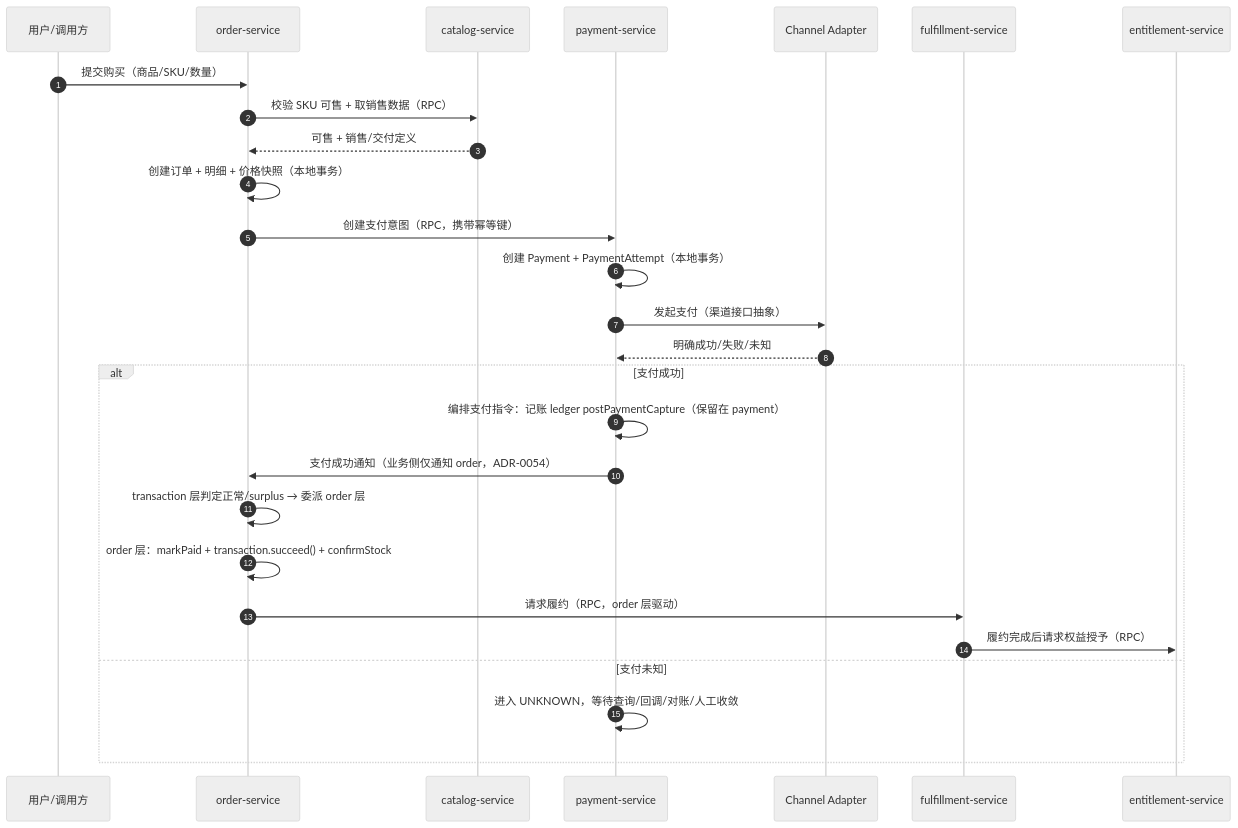
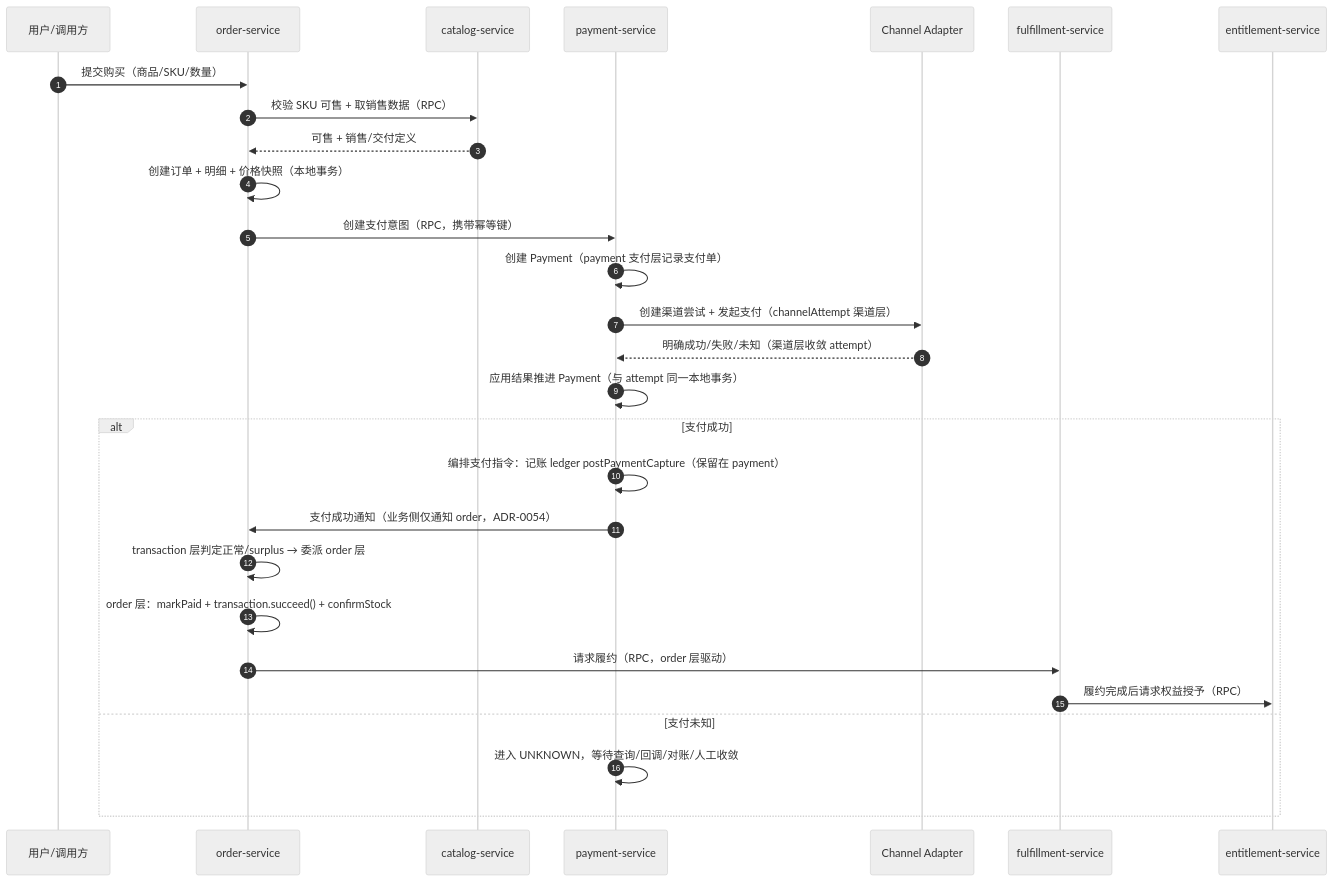
The second of 4 diagrams in docs/architecture/technical-solution.md (ckcky/Payment), drawn with Mermaid (neutral theme) before and after one commit. The commit also changed other lines of this file and 12 other files, not shown here.

````diff
--- a/docs/architecture/technical-solution.md
+++ b/docs/architecture/technical-solution.md
@@ -325,30 +330,31 @@
 ```mermaid
 sequenceDiagram
     autonumber
     participant U as 用户/调用方
     participant O as order-service
     participant Cat as catalog-service
     participant P as payment-service
     participant Ch as Channel Adapter
     participant F as fulfillment-service
     participant E as entitlement-service
 
     U->>O: 提交购买（商品/SKU/数量）
     O->>Cat: 校验 SKU 可售 + 取销售数据（RPC）
     Cat-->>O: 可售 + 销售/交付定义
     O->>O: 创建订单 + 明细 + 价格快照（本地事务）
     O->>P: 创建支付意图（RPC，携带幂等键）
-    P->>P: 创建 Payment + PaymentAttempt（本地事务）
-    P->>Ch: 发起支付（渠道接口抽象）
-    Ch-->>P: 明确成功/失败/未知
+    P->>P: 创建 Payment（payment 支付层记录支付单）
+    P->>Ch: 创建渠道尝试 + 发起支付（channelAttempt 渠道层）
+    Ch-->>P: 明确成功/失败/未知（渠道层收敛 attempt）
+    P->>P: 应用结果推进 Payment（与 attempt 同一本地事务）
     alt 支付成功
         P->>P: 编排支付指令：记账 ledger postPaymentCapture（保留在 payment）
         P->>O: 支付成功通知（业务侧仅通知 order，ADR-0054）
         O->>O: transaction 层判定正常/surplus → 委派 order 层
         O->>O: order 层：markPaid + transaction.succeed() + confirmStock
         O->>F: 请求履约（RPC，order 层驱动）
         F->>E: 履约完成后请求权益授予（RPC）
     else 支付未知
         P->>P: 进入 UNKNOWN，等待查询/回调/对账/人工收敛
     end
 ```
````
